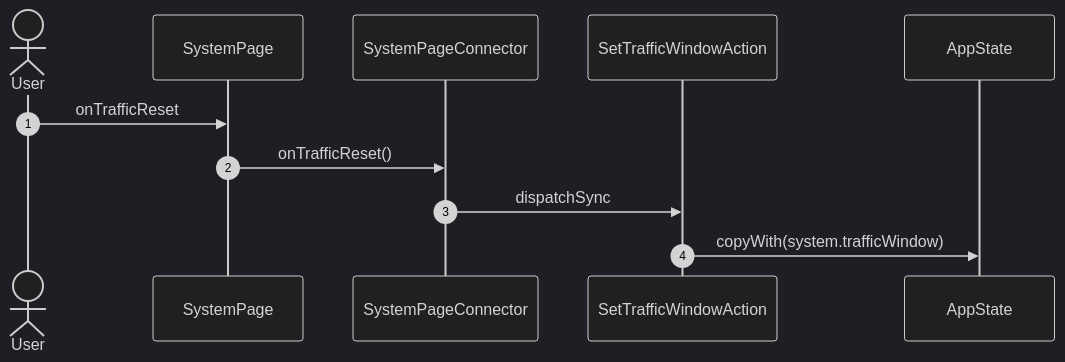
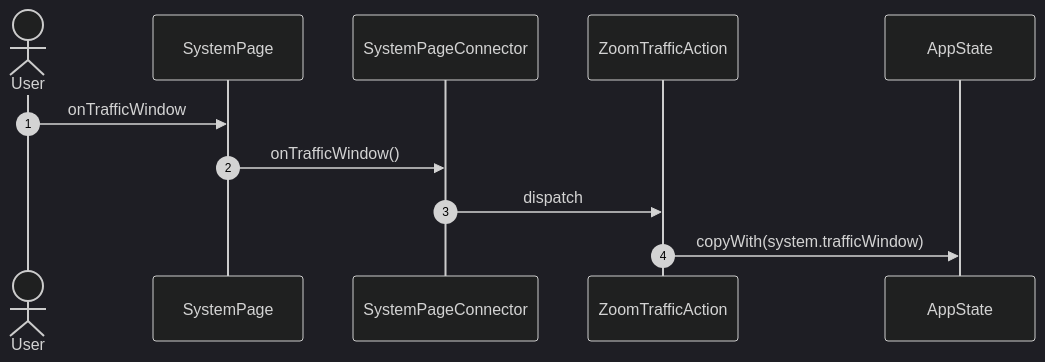
The eighth of 26 diagrams in studio/docs/flows/system.md (gencto/wyrm), drawn with Mermaid (dark theme) before and after one commit. The commit also changed other lines of this file and 88 other files, not shown here.

````diff
--- a/studio/docs/flows/system.md
+++ b/studio/docs/flows/system.md
@@ -183,14 +131,14 @@
 ```mermaid
 sequenceDiagram
     autonumber
     actor User
     participant UI as SystemPage
     participant VM as SystemPageConnector
-    participant A1 as SetTrafficWindowAction
+    participant A1 as ZoomTrafficAction
     participant ST as AppState
 
-    User->>UI: onTrafficReset
-    UI->>VM: onTrafficReset()
-    VM->>A1: dispatchSync
+    User->>UI: onTrafficWindow
+    UI->>VM: onTrafficWindow()
+    VM->>A1: dispatch
     A1->>ST: copyWith(system.trafficWindow)
 ```
````
